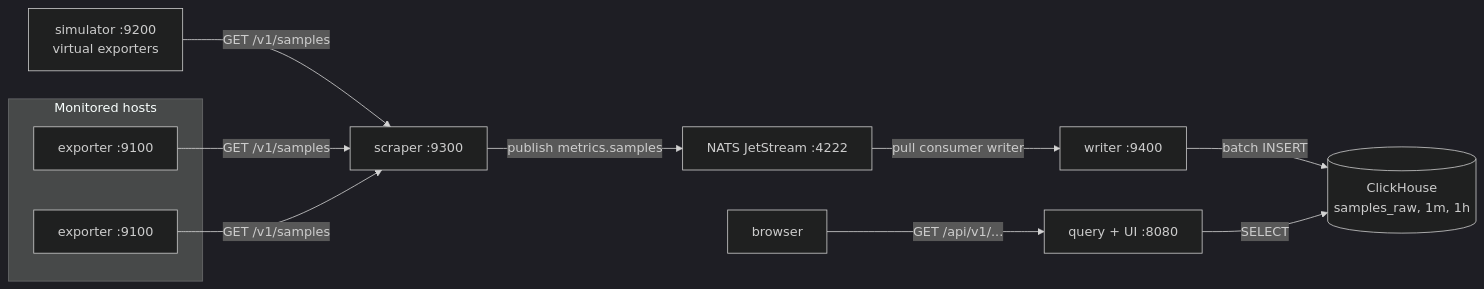
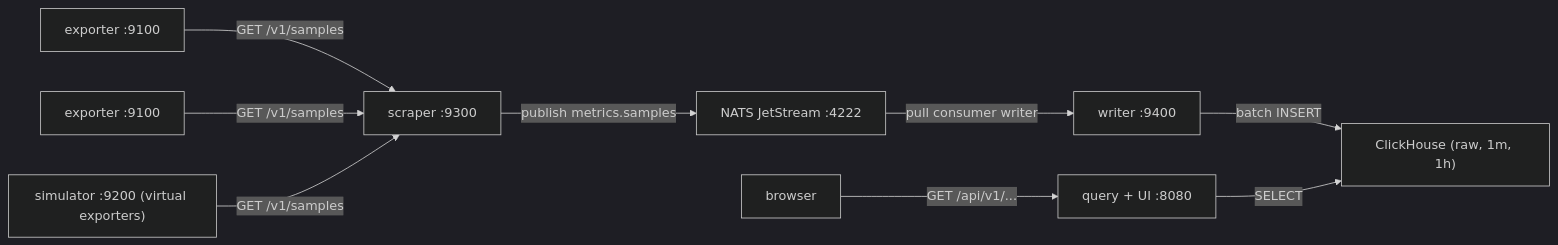
The diagram in README.md (mrhaghighi/fleetpulse), drawn with Mermaid (dark theme) before and after one commit. The commit also changed 2 other files, not shown here.

Commit message:
docs: use GitHub-safe Mermaid diagrams

````diff
--- a/README.md
+++ b/README.md
@@ -56,17 +56,21 @@
 ```mermaid
 flowchart LR
-    subgraph hosts["Monitored hosts"]
-        E1["exporter :9100"]
-        E2["exporter :9100"]
-    end
+    E1["exporter :9100"]
+    E2["exporter :9100"]
+    S["simulator :9200 (virtual exporters)"]
+    SC["scraper :9300"]
+    N["NATS JetStream :4222"]
+    W["writer :9400"]
+    CH["ClickHouse (raw, 1m, 1h)"]
+    Q["query + UI :8080"]
+    U["browser"]
 
-    S["simulator :9200<br/>virtual exporters"] -->|"GET /v1/samples"| SC["scraper :9300"]
-    E1 -->|"GET /v1/samples"| SC
-    E2 -->|"GET /v1/samples"| SC
-
-    SC -->|"publish metrics.samples"| N["NATS JetStream :4222"]
-    N -->|"pull consumer writer"| W["writer :9400"]
-    W -->|"batch INSERT"| CH[("ClickHouse<br/>samples_raw, 1m, 1h")]
-    Q["query + UI :8080"] -->|"SELECT"| CH
-    U["browser"] -->|"GET /api/v1/..."| Q
+    E1 -- "GET /v1/samples" --> SC
+    E2 -- "GET /v1/samples" --> SC
+    S -- "GET /v1/samples" --> SC
+    SC -- "publish metrics.samples" --> N
+    N -- "pull consumer writer" --> W
+    W -- "batch INSERT" --> CH
+    Q -- "SELECT" --> CH
+    U -- "GET /api/v1/..." --> Q
 ```
````
